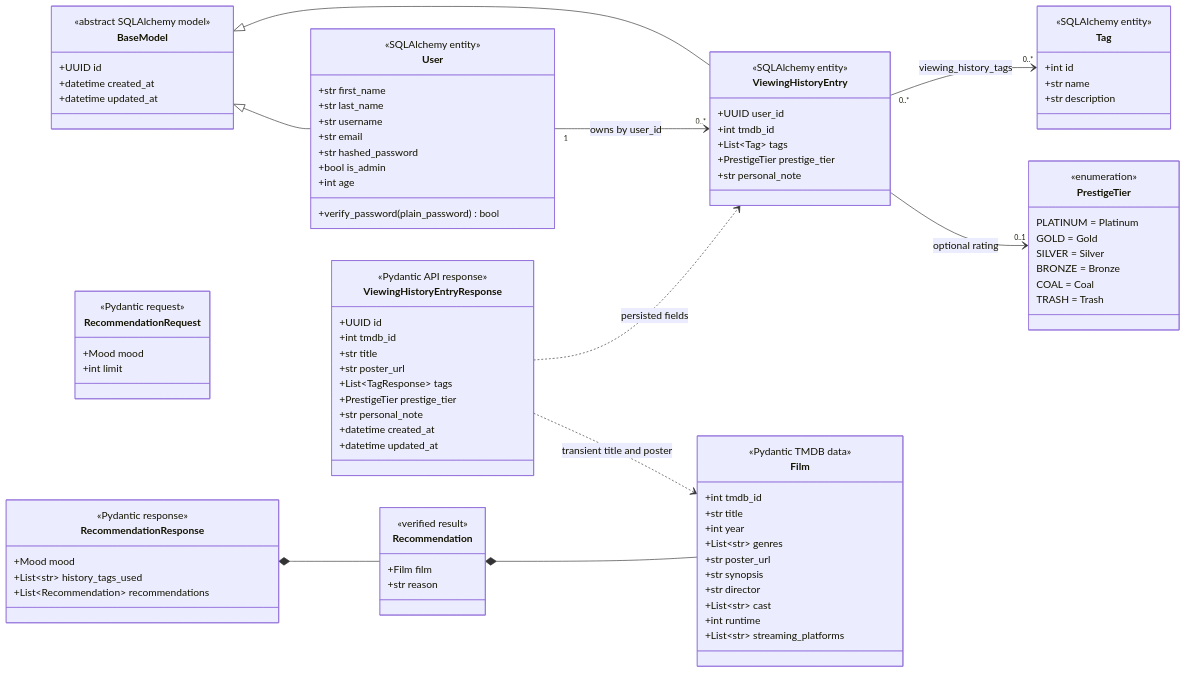
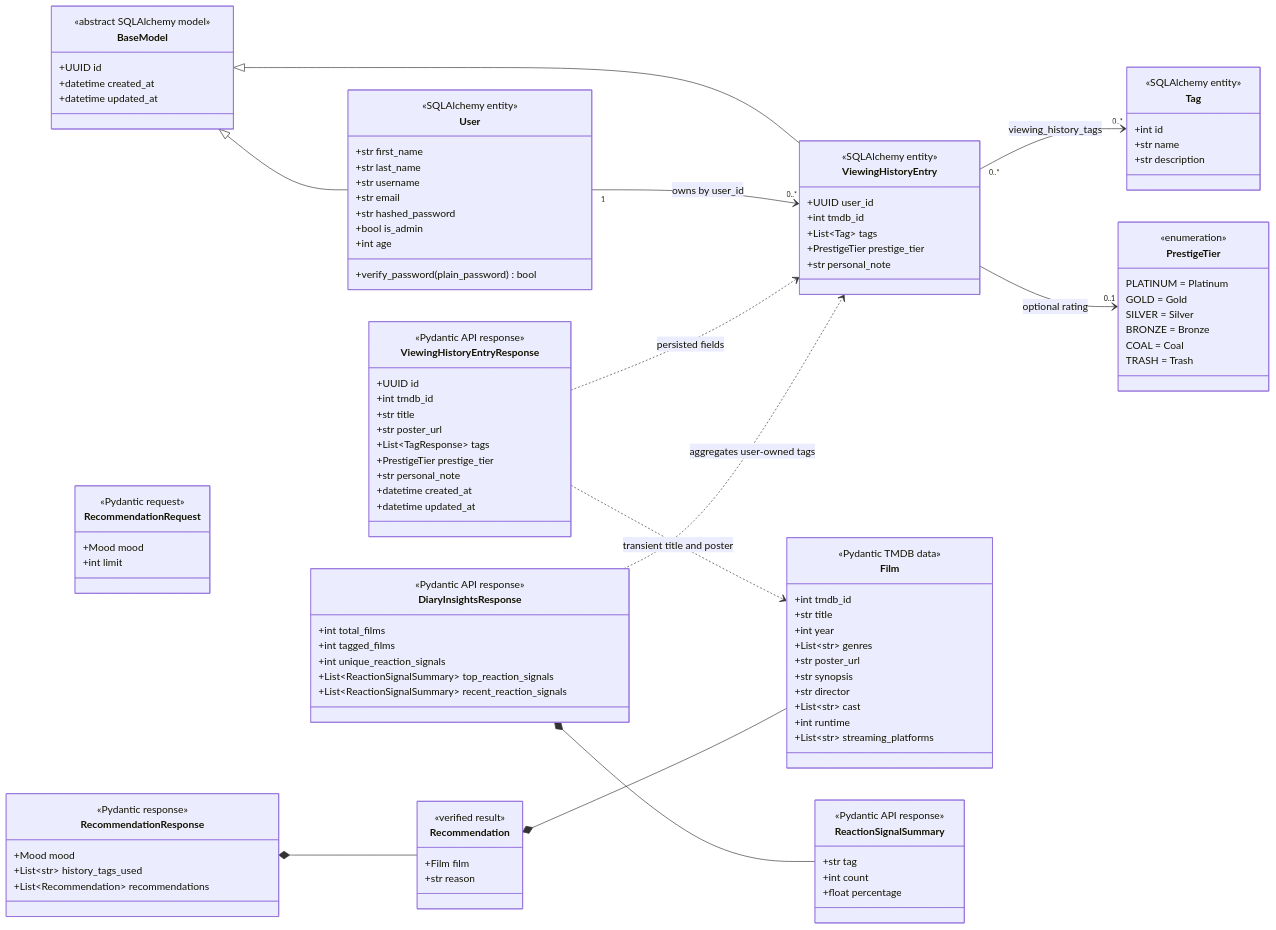
One commit to zahin-dev/Film-like changed the diagram in docs/diagrams/ClassDiagram.md. Above: the diagram before and after it, drawn with Mermaid. The commit also changed other lines of this file and 19 other files, not shown here.

First line of the commit message:
feat: add diary insights and portfolio evidence

````diff
--- a/docs/diagrams/ClassDiagram.md
+++ b/docs/diagrams/ClassDiagram.md
@@ -80,6 +80,22 @@
     +datetime updated_at
 }
 
+class ReactionSignalSummary {
+    <<Pydantic API response>>
+    +str tag
+    +int count
+    +float percentage
+}
+
+class DiaryInsightsResponse {
+    <<Pydantic API response>>
+    +int total_films
+    +int tagged_films
+    +int unique_reaction_signals
+    +List~ReactionSignalSummary~ top_reaction_signals
+    +List~ReactionSignalSummary~ recent_reaction_signals
+}
+
 class RecommendationRequest {
     <<Pydantic request>>
     +Mood mood
@@ -106,6 +122,8 @@
 ViewingHistoryEntry --> "0..1" PrestigeTier : optional rating
 ViewingHistoryEntryResponse ..> ViewingHistoryEntry : persisted fields
 ViewingHistoryEntryResponse ..> Film : transient title and poster
+DiaryInsightsResponse *-- ReactionSignalSummary
+DiaryInsightsResponse ..> ViewingHistoryEntry : aggregates user-owned tags
 RecommendationResponse *-- Recommendation
 Recommendation *-- Film
 ```
````
